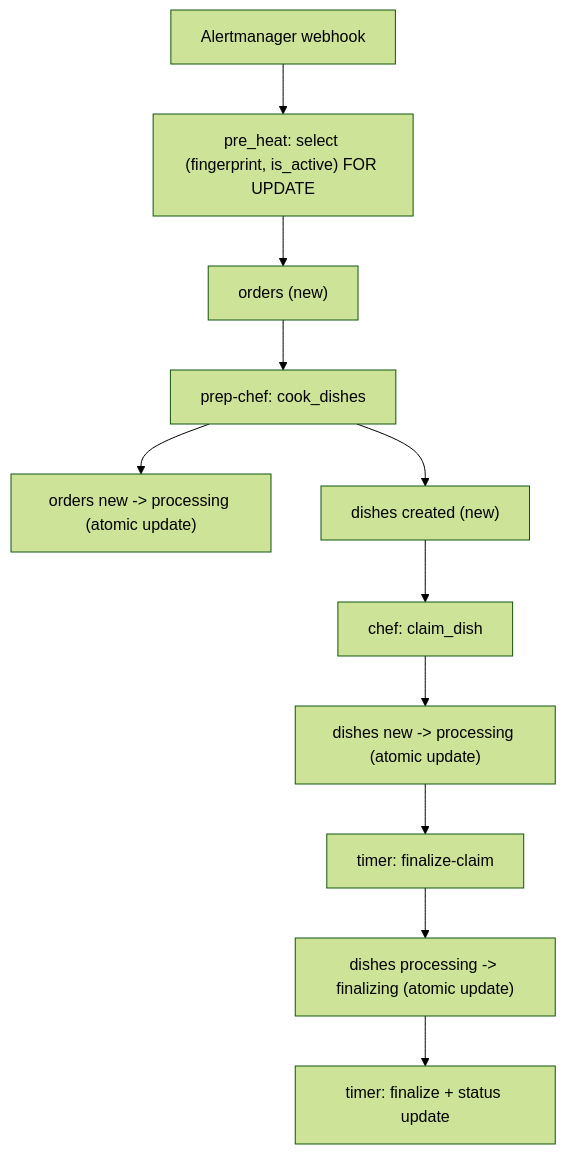
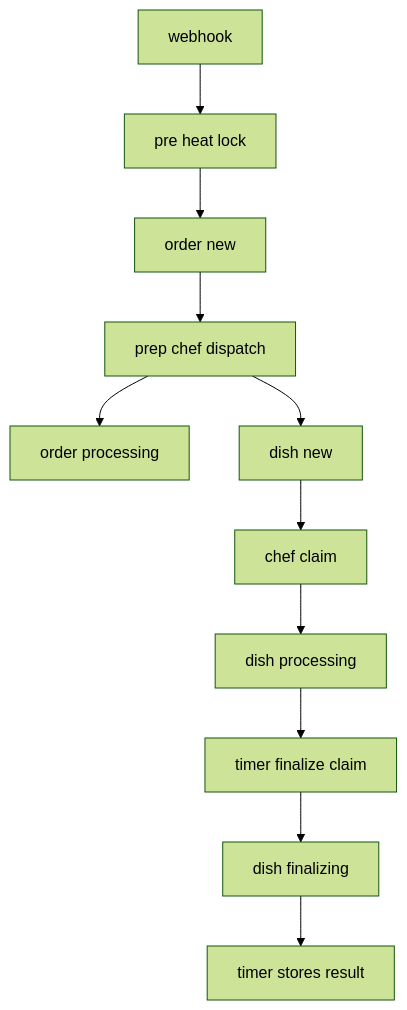
One commit to rackerlabs/poundcake changed the third of 7 diagrams in README.md. Above: the diagram before and after it, drawn with Mermaid (forest theme). The commit also changed other lines of this file and 38 other files, not shown here.

````diff
--- a/README.md
+++ b/README.md
@@ -99,13 +98,13 @@
 ```mermaid
 flowchart TD
-    A["Alertmanager webhook"] --> B["pre_heat: select (fingerprint, is_active) FOR UPDATE"]
-    B --> C["orders (new)"]
-    C --> D["prep-chef: cook_dishes"]
-    D --> E["orders new -> processing (atomic update)"]
-    D --> F["dishes created (new)"]
-    F --> G["chef: claim_dish"]
-    G --> H["dishes new -> processing (atomic update)"]
-    H --> I["timer: finalize-claim"]
-    I --> J["dishes processing -> finalizing (atomic update)"]
-    J --> K["timer: finalize + status update"]
+    Hook["webhook"] --> Lock["pre heat lock"]
+    Lock --> Order["order new"]
+    Order --> Dispatch["prep chef dispatch"]
+    Dispatch --> OrderRun["order processing"]
+    Dispatch --> Dish["dish new"]
+    Dish --> Claim["chef claim"]
+    Claim --> DishRun["dish processing"]
+    DishRun --> Finalize["timer finalize claim"]
+    Finalize --> DishFinal["dish finalizing"]
+    DishFinal --> Result["timer stores result"]
 ```
````
